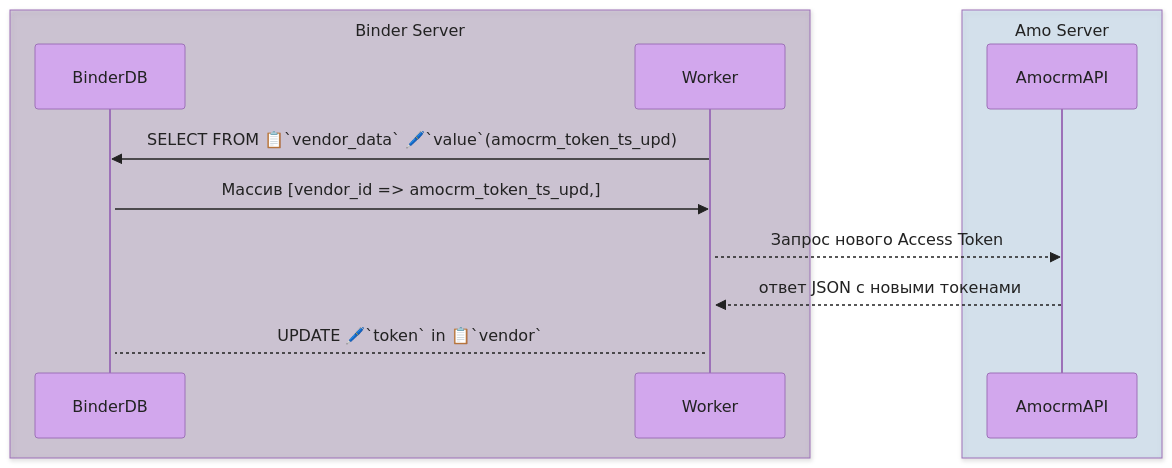
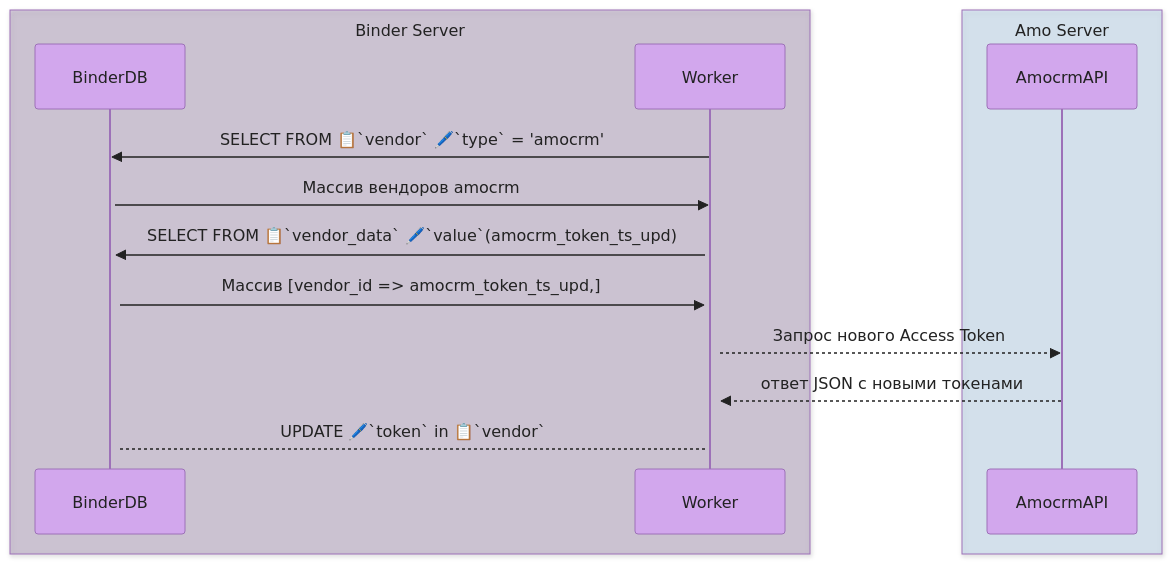
The diagram in amocrm_token_worker_docs.md (yrep/docs-temp), drawn with Mermaid before and after one commit.

````diff
--- a/amocrm_token_worker_docs.md
+++ b/amocrm_token_worker_docs.md
@@ -21,36 +21,39 @@
 ```mermaid
 %%{
   init: {
     'theme': 'base',
     'themeVariables': {
       'primaryColor': '#d2a7ed',
       'primaryTextColor': '#222222',
       'primaryBorderColor': '#9d71b8',
       'lineColor': '#9d71b8',
       'secondaryColor': '#9bc6ea',
       'tertiaryColor': '#58a5e5'
     }
   }
 }%%
 
 
 sequenceDiagram
     box rgba(130, 100, 150, 0.3) Binder Server
     participant BinderDB
     participant Worker
     end
     box rgba(155, 198, 234, 0.3) Amo Server
     participant AmocrmAPI
     end
 
-    
+    Worker ->> BinderDB: SELECT FROM 📋`vendor` 🖊️`type` = 'amocrm'
+    activate BinderDB
+    BinderDB ->> Worker: Массив вендоров amocrm
+    activate Worker
     Worker ->> BinderDB: SELECT FROM 📋`vendor_data` 🖊️`value`(amocrm_token_ts_upd)
     activate BinderDB
     BinderDB ->> Worker: Массив [vendor_id => amocrm_token_ts_upd,]
     activate Worker
     Worker -->> AmocrmAPI: Запрос нового Access Token
     AmocrmAPI -->> Worker: ответ JSON с новыми токенами
     Worker --> BinderDB: UPDATE 🖊️`token` in 📋`vendor`
 
     
 ```
````
